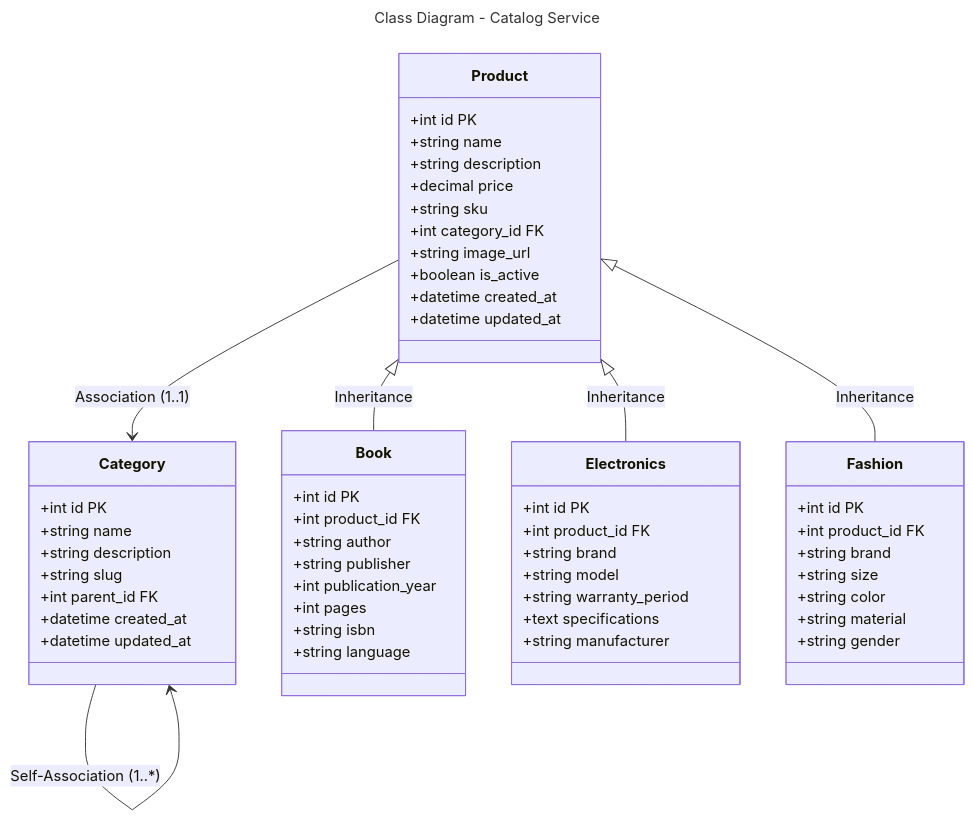
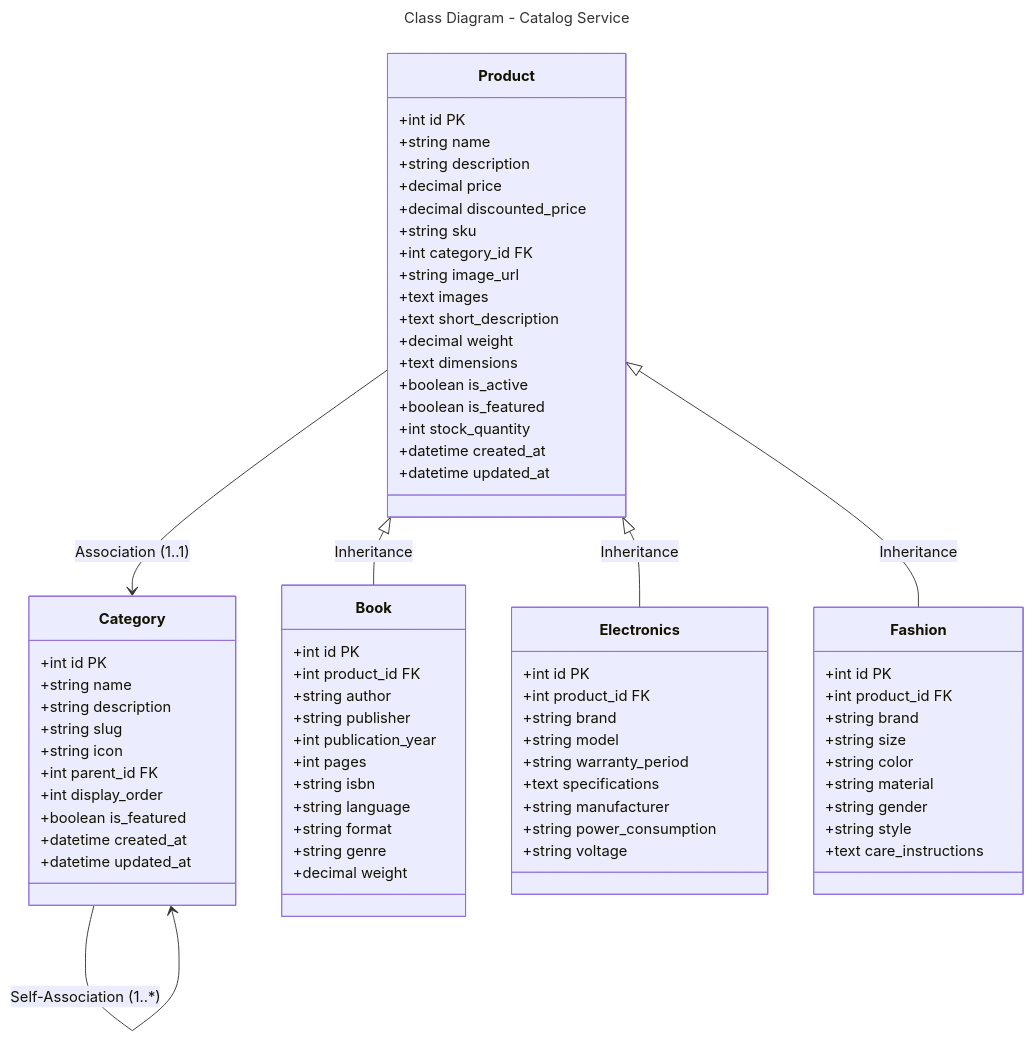
The diagram in docs/diagrams/class/catalog-service.md (Trannaaanhh/ecom), drawn with Mermaid before and after one commit. The commit also changed other lines of this file and 10 other files, not shown here.

Commit message:
update diagrams

````diff
--- a/docs/diagrams/class/catalog-service.md
+++ b/docs/diagrams/class/catalog-service.md
@@ -1,65 +1,82 @@
 ```mermaid
 ---
 title: Class Diagram - Catalog Service
 ---
 classDiagram
     class Category {
         +int id PK
         +string name
         +string description
         +string slug
+        +string icon
         +int parent_id FK
+        +int display_order
+        +boolean is_featured
         +datetime created_at
         +datetime updated_at
     }
     
     class Product {
         +int id PK
         +string name
         +string description
         +decimal price
+        +decimal discounted_price
         +string sku
         +int category_id FK
         +string image_url
+        +text images
+        +text short_description
+        +decimal weight
+        +text dimensions
         +boolean is_active
+        +boolean is_featured
+        +int stock_quantity
         +datetime created_at
         +datetime updated_at
     }
     
     class Book {
         +int id PK
         +int product_id FK
         +string author
         +string publisher
         +int publication_year
         +int pages
         +string isbn
         +string language
+        +string format
+        +string genre
+        +decimal weight
     }
     
     class Electronics {
         +int id PK
         +int product_id FK
         +string brand
         +string model
         +string warranty_period
         +text specifications
         +string manufacturer
+        +string power_consumption
+        +string voltage
     }
     
     class Fashion {
         +int id PK
         +int product_id FK
         +string brand
         +string size
         +string color
         +string material
         +string gender
+        +string style
+        +text care_instructions
     }
     
     Product <|-- Book : Inheritance
     Product <|-- Electronics : Inheritance
     Product <|-- Fashion : Inheritance
     Product --> Category : Association (1..1)
     Category --> Category : Self-Association (1..*)
 ```
````
